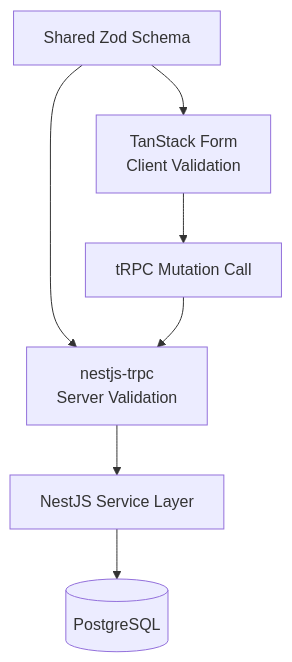
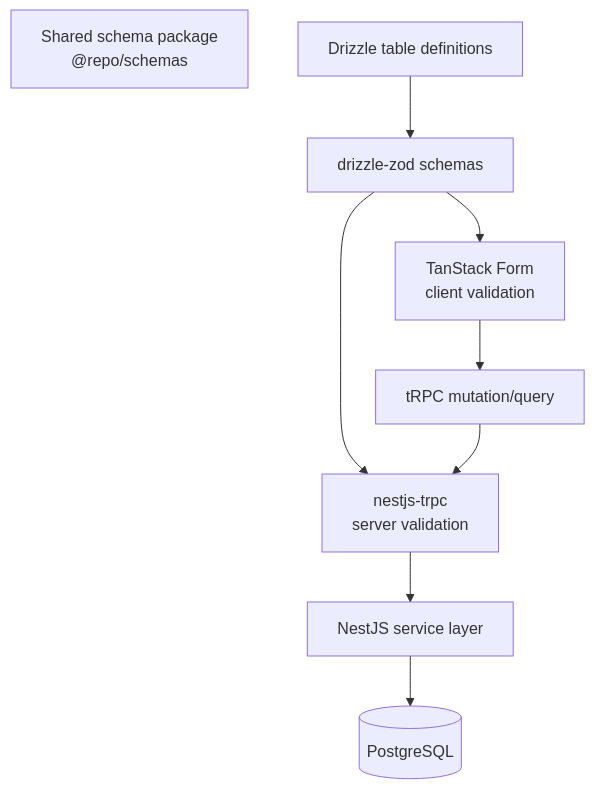
Before and after one commit to DidiWalakutty/Transcendence: the diagram in docs/VALIDATION.md, drawn with Mermaid. The commit also changed other lines of this file and 15 other files, not shown here.

````diff
--- a/docs/VALIDATION.md
+++ b/docs/VALIDATION.md
@@ -5,17 +5,19 @@
 ```mermaid
 flowchart TD
-    A[Shared Zod Schema]
-    B[TanStack Form<br/>Client Validation]
-    C[tRPC Mutation Call]
-    D[nestjs-trpc<br/>Server Validation]
-    E[NestJS Service Layer]
-    F[(PostgreSQL)]
-
-    A --> B
-    A --> D
+    A["Shared schema package<br/>@repo/schemas"]
+    B["Drizzle table definitions"]
+    C["drizzle-zod schemas"]
+    D["TanStack Form<br/>client validation"]
+    E["tRPC mutation/query"]
+    F["nestjs-trpc<br/>server validation"]
+    G["NestJS service layer"]
+    H[("PostgreSQL")]
 
     B --> C
     C --> D
+    C --> F
     D --> E
     E --> F
+    F --> G
+    G --> H
 ```
````
